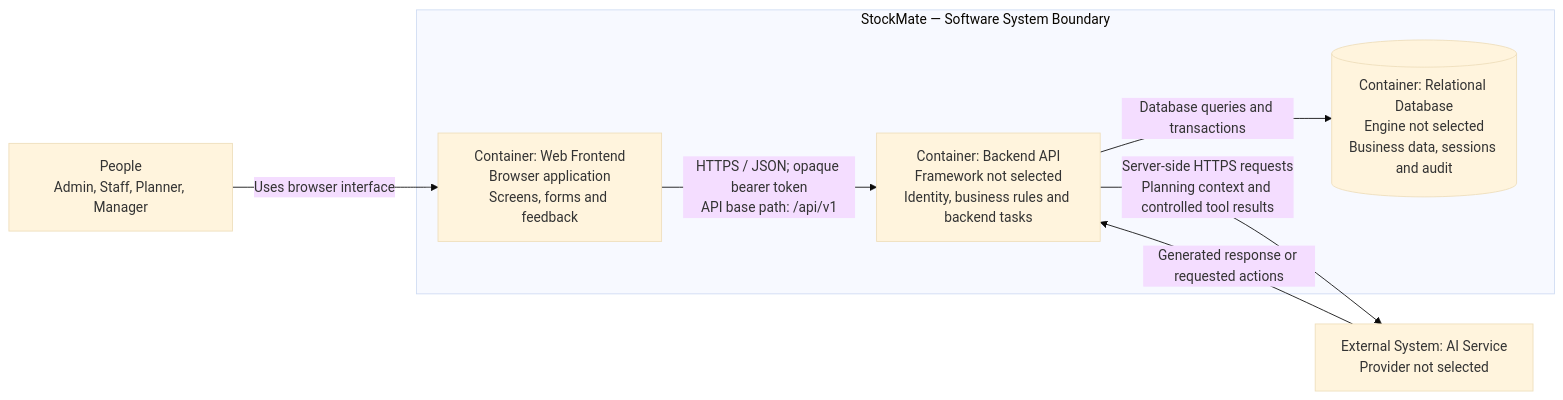
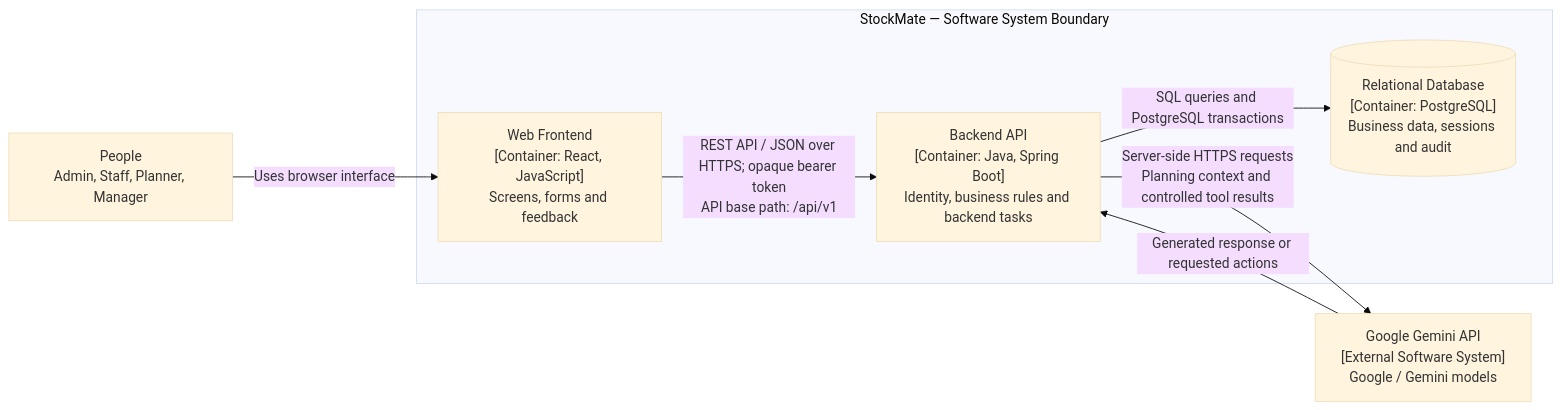
One commit to Hoang-H-Nguyen/Inventory-Management changed the second of 3 diagrams in docs/c4_architecture/C4_ARCHITECTURE.md. Above: the diagram before and after it, drawn with Mermaid (base theme). The commit also changed other lines of this file and 116 other files, not shown here.

````diff
--- a/docs/c4_architecture/C4_ARCHITECTURE.md
+++ b/docs/c4_architecture/C4_ARCHITECTURE.md
@@ -46,17 +46,17 @@
 ```mermaid
 flowchart LR
     People["People<br/>Admin, Staff, Planner, Manager"]
-    AI["External System: AI Service<br/>Provider not selected"]
+    AI["Google Gemini API<br/>[External Software System]<br/>Google / Gemini models"]
 
     subgraph System["StockMate — Software System Boundary"]
-        Web["Container: Web Frontend<br/>Browser application<br/>Screens, forms and feedback"]
-        API["Container: Backend API<br/>Framework not selected<br/>Identity, business rules and backend tasks"]
-        DB[("Container: Relational Database<br/>Engine not selected<br/>Business data, sessions and audit")]
-        Web -->|"HTTPS / JSON; opaque bearer token<br/>API base path: /api/v1"| API
-        API -->|"Database queries and transactions"| DB
+        Web["Web Frontend<br/>[Container: React, JavaScript]<br/>Screens, forms and feedback"]
+        API["Backend API<br/>[Container: Java, Spring Boot]<br/>Identity, business rules and backend tasks"]
+        DB[("Relational Database<br/>[Container: PostgreSQL]<br/>Business data, sessions and audit")]
+        Web -->|"REST API / JSON over HTTPS; opaque bearer token<br/>API base path: /api/v1"| API
+        API -->|"SQL queries and PostgreSQL transactions"| DB
     end
 
     People -->|"Uses browser interface"| Web
     API -->|"Server-side HTTPS requests<br/>Planning context and controlled tool results"| AI
     AI -->|"Generated response or requested actions"| API
 ```
````
